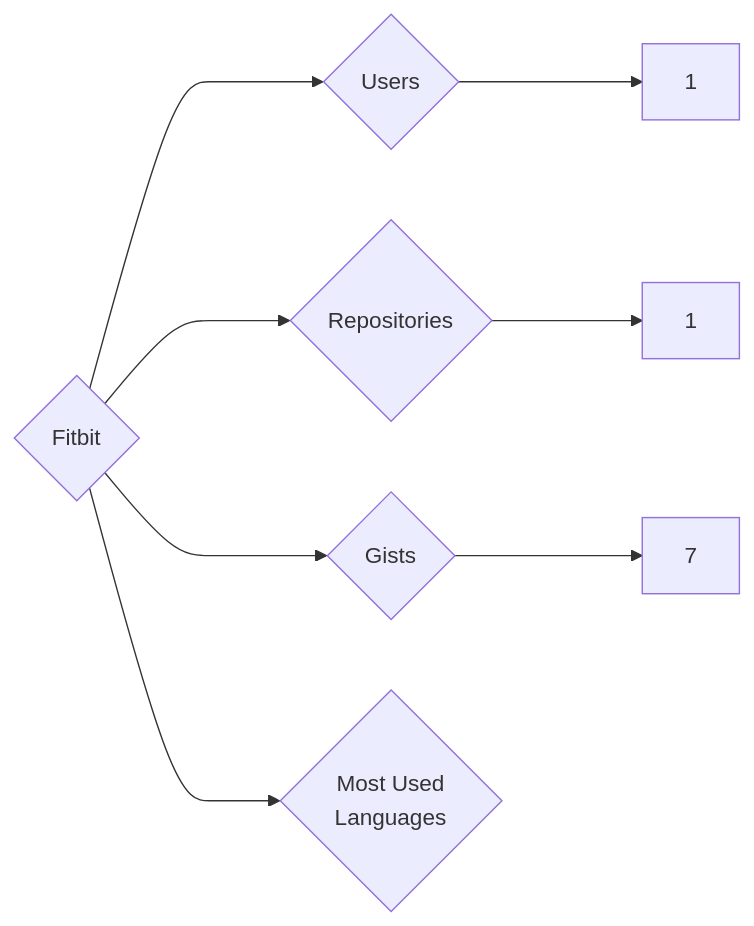
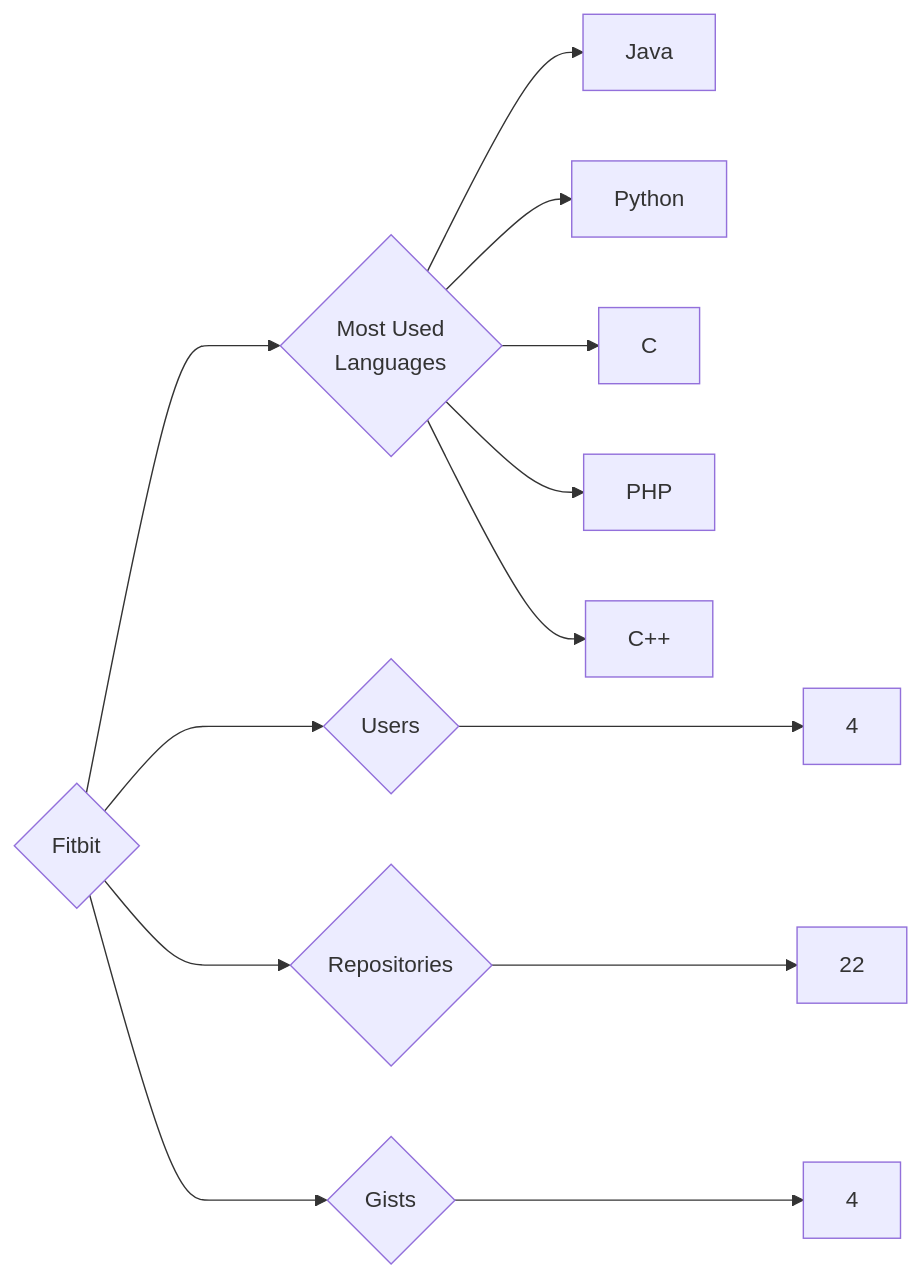
One commit to trickest/insiders changed the diagram in targets/Fitbit/README.md. Above: the diagram before and after it, drawn with Mermaid. The commit also changed 873 other files, not shown here.

````diff
--- a/targets/Fitbit/README.md
+++ b/targets/Fitbit/README.md
@@ -3,8 +3,13 @@
 ```mermaid
 graph LR
 COMPANY_NAME{Fitbit}
-COMPANY_NAME ---> U{Users} ---> UN[1]
-COMPANY_NAME ---> R{Repositories} ---> RN[1]
-COMPANY_NAME ---> G{Gists} ---> GN[7]
+COMPANY_NAME ---> U{Users} ---> UN[4]
+COMPANY_NAME ---> R{Repositories} ---> RN[22]
+COMPANY_NAME ---> G{Gists} ---> GN[4]
 COMPANY_NAME ---> ML{Most Used<br>Languages}
+ML --> Java[Java]
+ML --> Python[Python]
+ML --> C[C]
+ML --> PHP[PHP]
+ML --> C++[C++]
 ```
````
